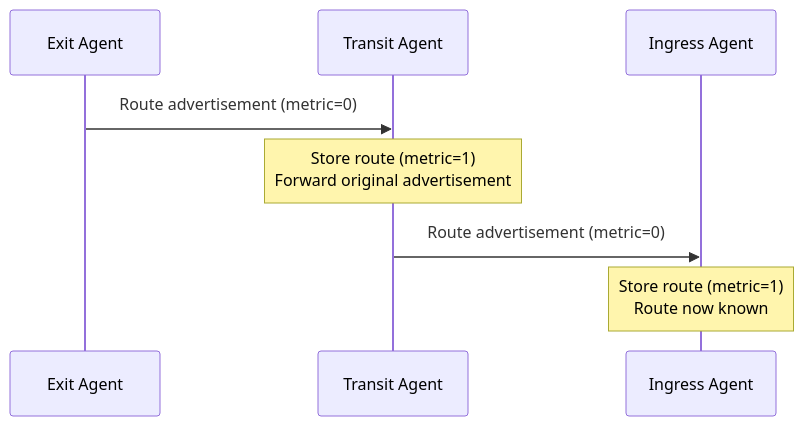
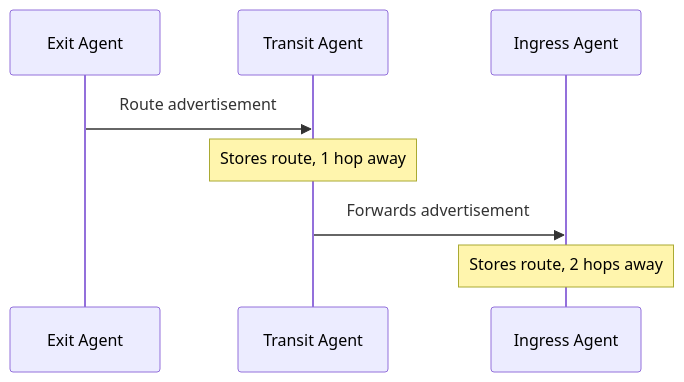
The fourth of 4 diagrams in docs/docs/concepts/architecture.md (Muti-Metroo/Muti-Metroo), drawn with Mermaid before and after one commit. The commit also changed other lines of this file and 156 other files, not shown here.

````diff
--- a/docs/docs/concepts/architecture.md
+++ b/docs/docs/concepts/architecture.md
@@ -216,11 +109,11 @@
 ```mermaid
 sequenceDiagram
     participant Exit as Exit Agent
     participant Transit as Transit Agent
     participant Ingress as Ingress Agent
 
-    Exit->>Transit: Route advertisement (metric=0)
-    Note over Transit: Store route (metric=1)<br/>Forward original advertisement
-    Transit->>Ingress: Route advertisement (metric=0)
-    Note over Ingress: Store route (metric=1)<br/>Route now known
+    Exit->>Transit: Route advertisement
+    Note over Transit: Stores route, 1 hop away
+    Transit->>Ingress: Forwards advertisement
+    Note over Ingress: Stores route, 2 hops away
 ```
````
